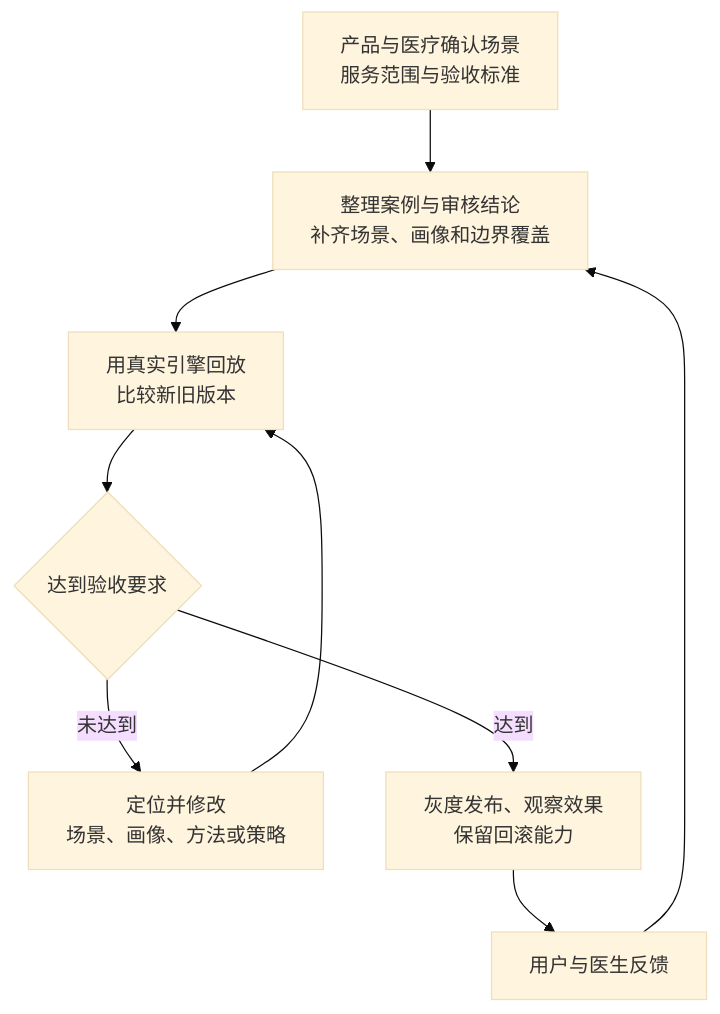
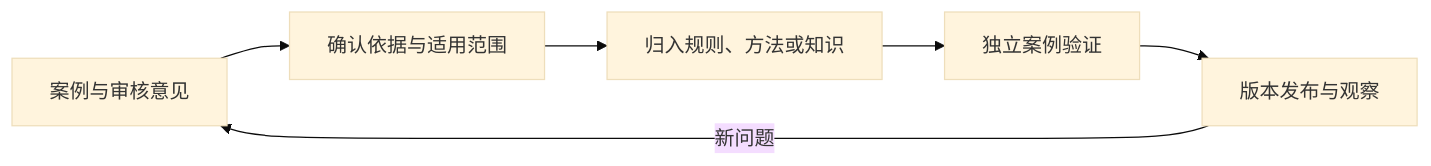
One commit to heart-scalpel/toolkit changed the second of 2 diagrams in docs/medical-engine-harness/README.md. Above: the diagram before and after it, drawn with Mermaid (base theme). The commit also changed other lines of this file and 2 other files, not shown here.

````diff
--- a/docs/medical-engine-harness/README.md
+++ b/docs/medical-engine-harness/README.md
@@ -122,11 +103,8 @@
 ```mermaid
-flowchart TD
-  C["产品与医疗确认场景<br/>服务范围与验收标准"] --> B["整理案例与审核结论<br/>补齐场景、画像和边界覆盖"]
-  B --> R["用真实引擎回放<br/>比较新旧版本"]
-  R --> D{"达到验收要求"}
-  D -->|未达到| M["定位并修改<br/>场景、画像、方法或策略"]
-  M --> R
-  D -->|达到| V["灰度发布、观察效果<br/>保留回滚能力"]
-  V --> F["用户与医生反馈"]
-  F --> B
+flowchart LR
+  A["案例与审核意见"] --> B["确认依据与适用范围"]
+  B --> C["归入规则、方法或知识"]
+  C --> D["独立案例验证"]
+  D --> E["版本发布与观察"]
+  E -->|新问题| A
 ```
````
